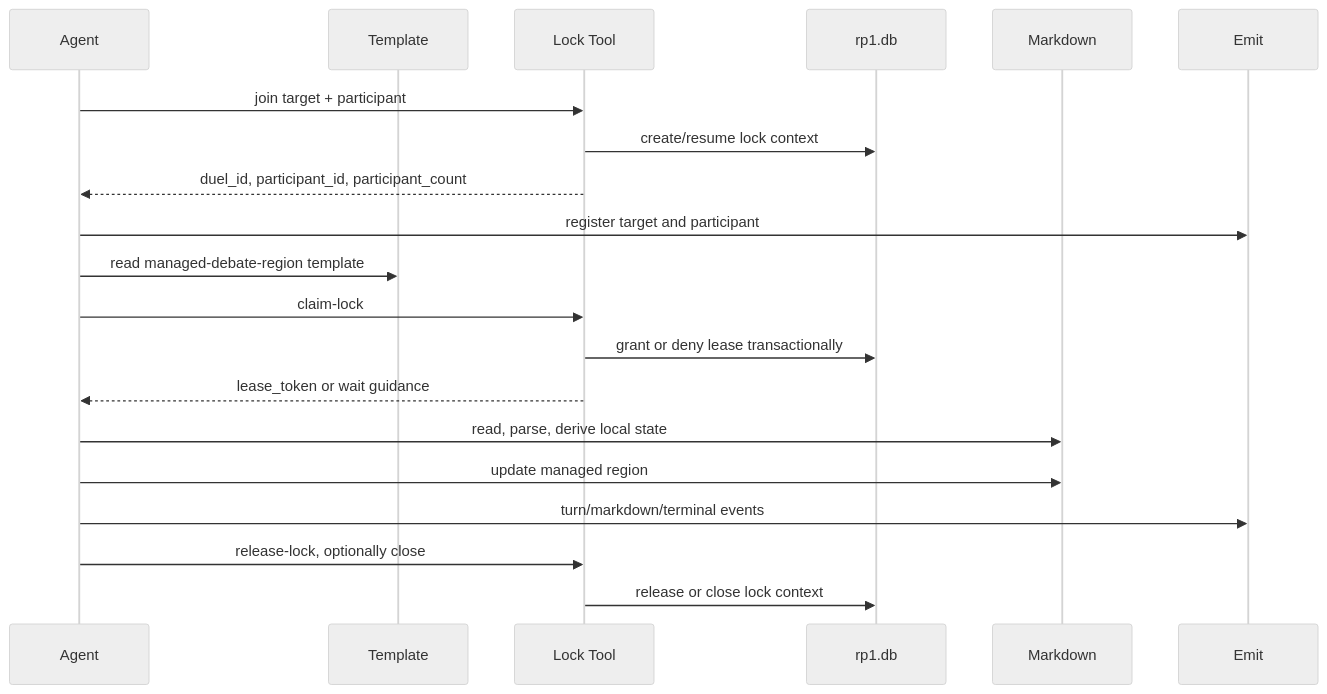
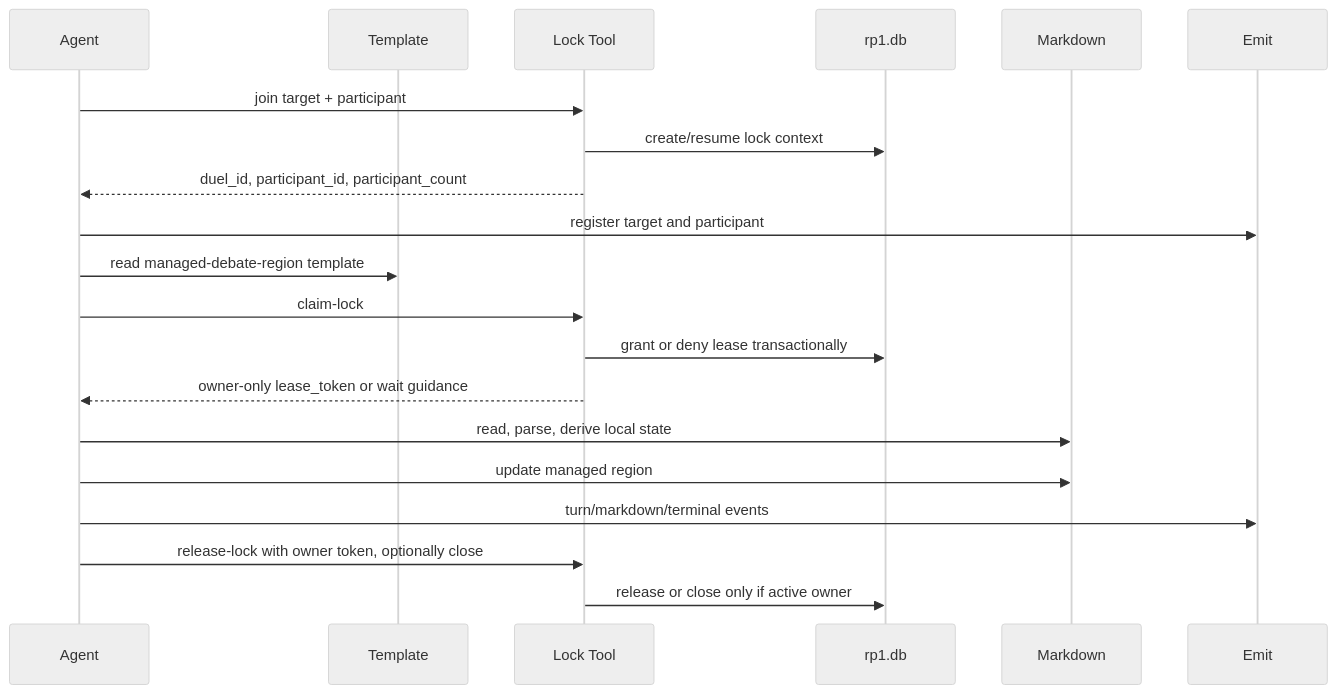
One commit to rp1-run/rp1 changed the second of 4 diagrams in .rp1/work/archives/features/socratic-duel/design.md. Above: the diagram before and after it, drawn with Mermaid (neutral theme). The commit also changed other lines of this file and 13 other files, not shown here.

````diff
--- a/.rp1/work/archives/features/socratic-duel/design.md
+++ b/.rp1/work/archives/features/socratic-duel/design.md
@@ -43,23 +43,23 @@
 ```mermaid
 sequenceDiagram
     participant A as Agent
     participant T as Template
     participant L as Lock Tool
     participant D as rp1.db
     participant M as Markdown
     participant E as Emit
 
     A->>L: join target + participant
     L->>D: create/resume lock context
     L-->>A: duel_id, participant_id, participant_count
     A->>E: register target and participant
     A->>T: read managed-debate-region template
     A->>L: claim-lock
     L->>D: grant or deny lease transactionally
-    L-->>A: lease_token or wait guidance
+    L-->>A: owner-only lease_token or wait guidance
     A->>M: read, parse, derive local state
     A->>M: update managed region
     A->>E: turn/markdown/terminal events
-    A->>L: release-lock, optionally close
-    L->>D: release or close lock context
+    A->>L: release-lock with owner token, optionally close
+    L->>D: release or close only if active owner
 ```
````
